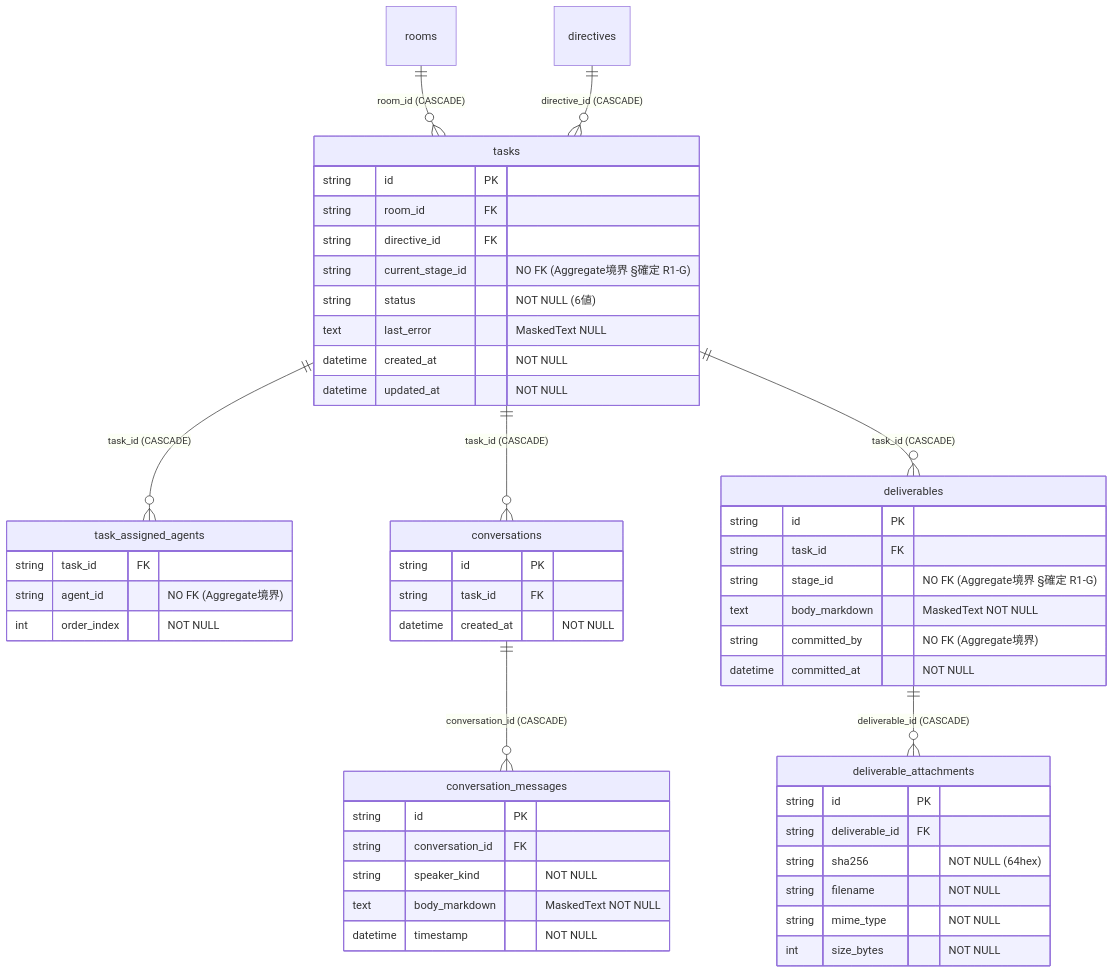
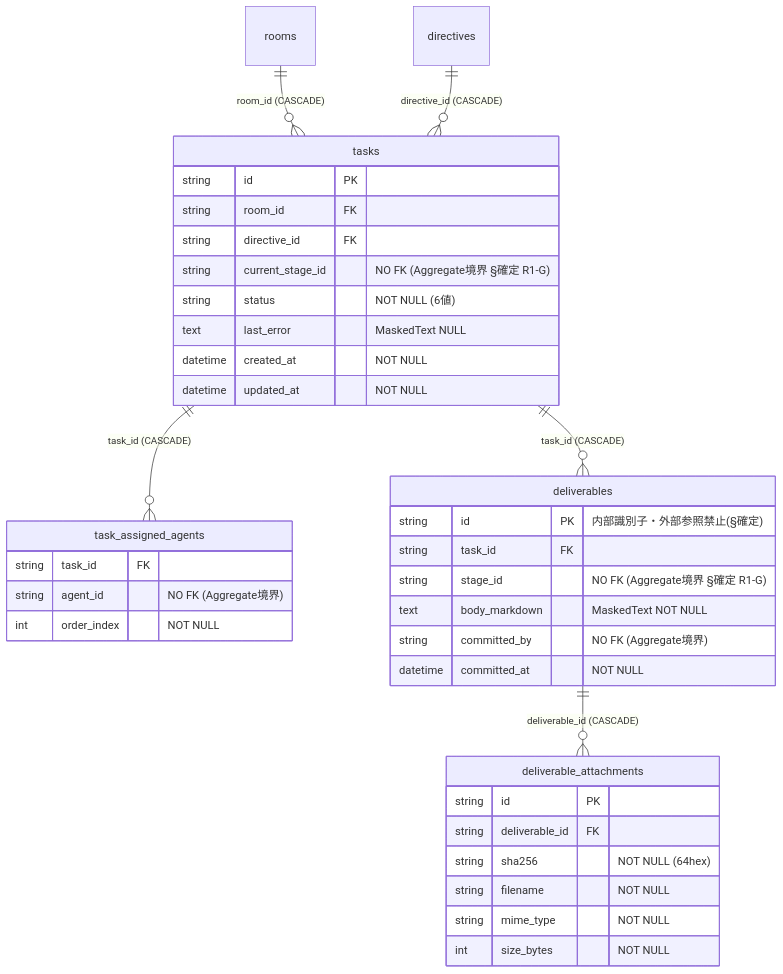
One commit to bakufu-dev/bakufu changed the third of 3 diagrams in docs/features/task-repository/basic-design.md. Above: the diagram before and after it, drawn with Mermaid. The commit also changed other lines of this file and 28 other files, not shown here.

````diff
--- a/docs/features/task-repository/basic-design.md
+++ b/docs/features/task-repository/basic-design.md
@@ -263,59 +263,46 @@
 ```mermaid
 erDiagram
     rooms ||--o{ tasks : "room_id (CASCADE)"
     directives ||--o{ tasks : "directive_id (CASCADE)"
     tasks ||--o{ task_assigned_agents : "task_id (CASCADE)"
-    tasks ||--o{ conversations : "task_id (CASCADE)"
     tasks ||--o{ deliverables : "task_id (CASCADE)"
-    conversations ||--o{ conversation_messages : "conversation_id (CASCADE)"
     deliverables ||--o{ deliverable_attachments : "deliverable_id (CASCADE)"
 
     tasks {
         string id PK
         string room_id FK
         string directive_id FK
         string current_stage_id "NO FK (Aggregate境界 §確定 R1-G)"
         string status "NOT NULL (6値)"
         text last_error "MaskedText NULL"
         datetime created_at "NOT NULL"
         datetime updated_at "NOT NULL"
     }
 
     task_assigned_agents {
         string task_id FK
         string agent_id "NO FK (Aggregate境界)"
         int order_index "NOT NULL"
     }
 
-    conversations {
-        string id PK
-        string task_id FK
-        datetime created_at "NOT NULL"
-    }
-
-    conversation_messages {
-        string id PK
-        string conversation_id FK
-        string speaker_kind "NOT NULL"
-        text body_markdown "MaskedText NOT NULL"
-        datetime timestamp "NOT NULL"
-    }
-
     deliverables {
-        string id PK
+        string id PK "内部識別子・外部参照禁止(§確定)"
         string task_id FK
         string stage_id "NO FK (Aggregate境界 §確定 R1-G)"
         text body_markdown "MaskedText NOT NULL"
         string committed_by "NO FK (Aggregate境界)"
         datetime committed_at "NOT NULL"
     }
 
     deliverable_attachments {
         string id PK
         string deliverable_id FK
         string sha256 "NOT NULL (64hex)"
         string filename "NOT NULL"
         string mime_type "NOT NULL"
         int size_bytes "NOT NULL"
     }
+
+    %% conversations / conversation_messages テーブルは §BUG-TR-002 凍結済み — Task domain が
+    %% conversations 属性を獲得する将来 PRで追加
 ```
````
